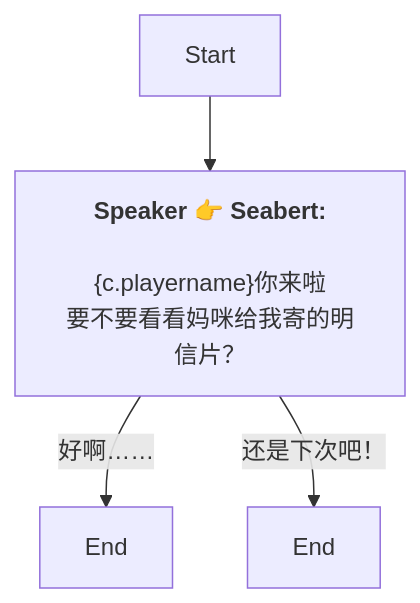
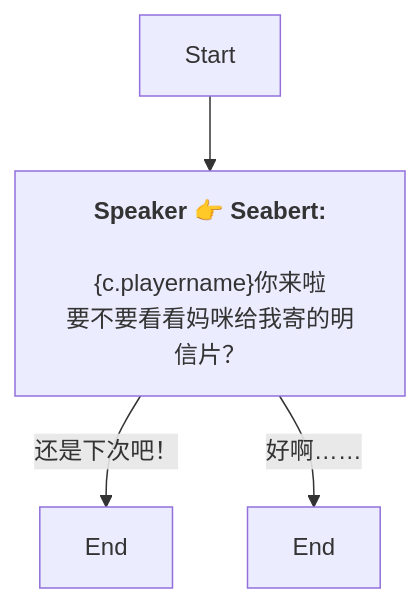
One commit to SoftHu/tos_avg changed the diagram in Zh/QuestTalkObjectiveNode_1753752288090526.md. Above: the diagram before and after it, drawn with Mermaid. The commit also changed other lines of this file and 780 other files, not shown here.

````diff
--- a/Zh/QuestTalkObjectiveNode_1753752288090526.md
+++ b/Zh/QuestTalkObjectiveNode_1753752288090526.md
@@ -1,9 +1,9 @@
 ```mermaid
 graph
 Start -->1753752340862378[<b>Speaker 👉 Seabert:</b>
 \n&lbrace;c.playername&rbrace;你来啦
 要不要看看妈咪给我寄的明信片？]
+1753752340862378 -->|还是下次吧！|1753752340863407[End]
 1753752340862378 -->|好啊……|1753752340863406[End]
-1753752340862378 -->|还是下次吧！|1753752340863407[End]
 
 ```
````
